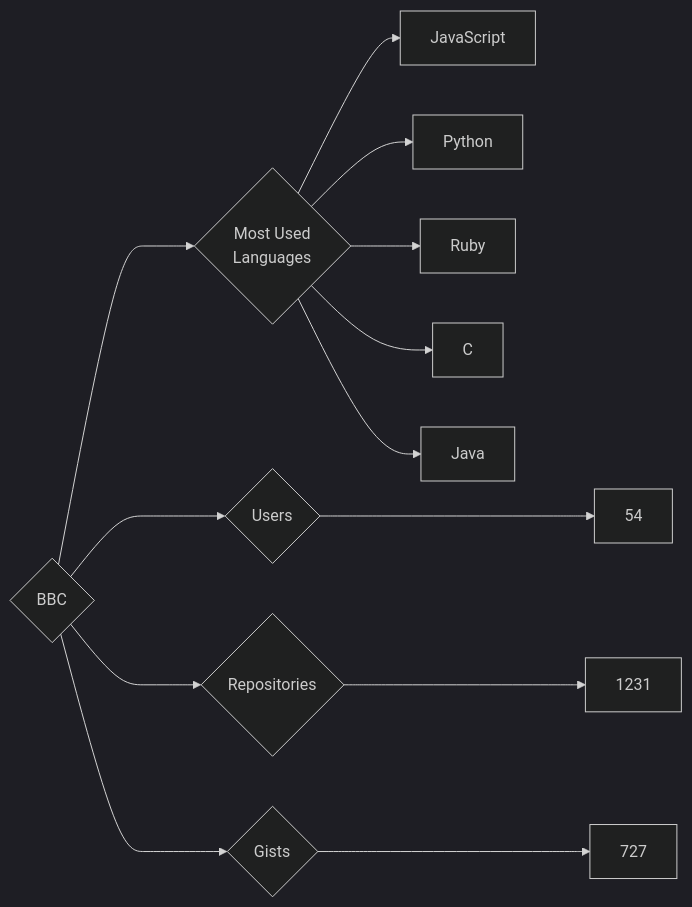
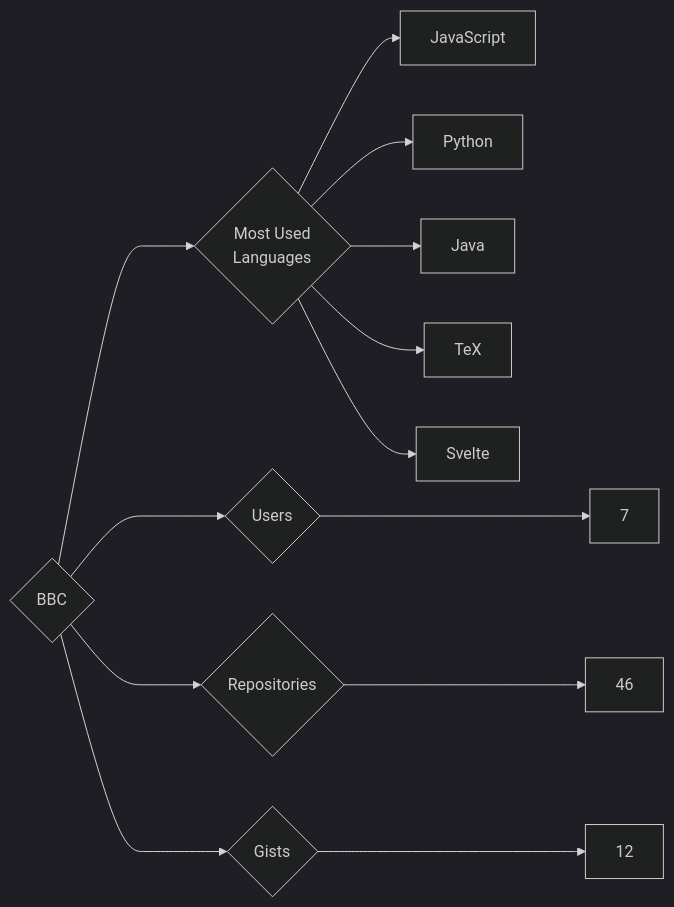
The diagram in targets/BBC/README.md (trickest/insiders), drawn with Mermaid (dark theme) before and after one commit. The commit also changed 934 other files, not shown here.

````diff
--- a/targets/BBC/README.md
+++ b/targets/BBC/README.md
@@ -3,13 +3,13 @@
 ```mermaid
 graph LR
 COMPANY_NAME{BBC}
-COMPANY_NAME ---> U{Users} ---> UN[54]
-COMPANY_NAME ---> R{Repositories} ---> RN[1231]
-COMPANY_NAME ---> G{Gists} ---> GN[727]
+COMPANY_NAME ---> U{Users} ---> UN[7]
+COMPANY_NAME ---> R{Repositories} ---> RN[46]
+COMPANY_NAME ---> G{Gists} ---> GN[12]
 COMPANY_NAME ---> ML{Most Used<br>Languages}
 ML --> JavaScript[JavaScript]
 ML --> Python[Python]
-ML --> Ruby[Ruby]
-ML --> C[C]
 ML --> Java[Java]
+ML --> TeX[TeX]
+ML --> Svelte[Svelte]
 ```
````
